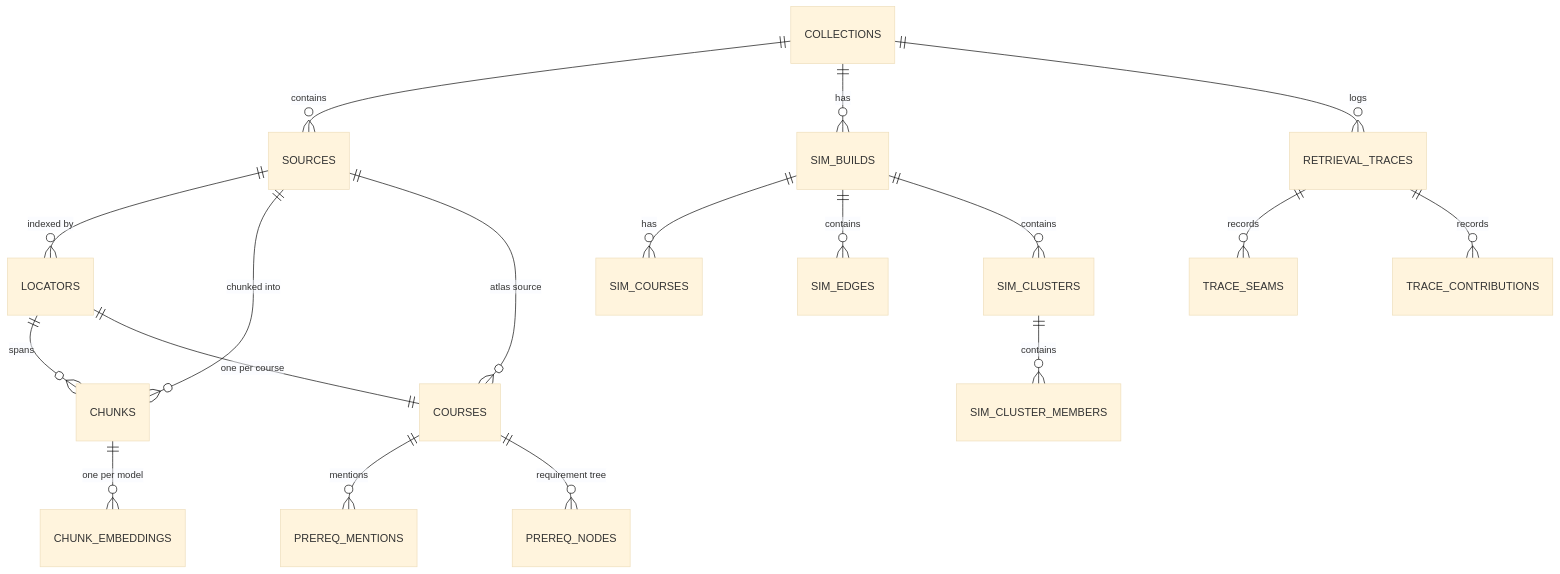
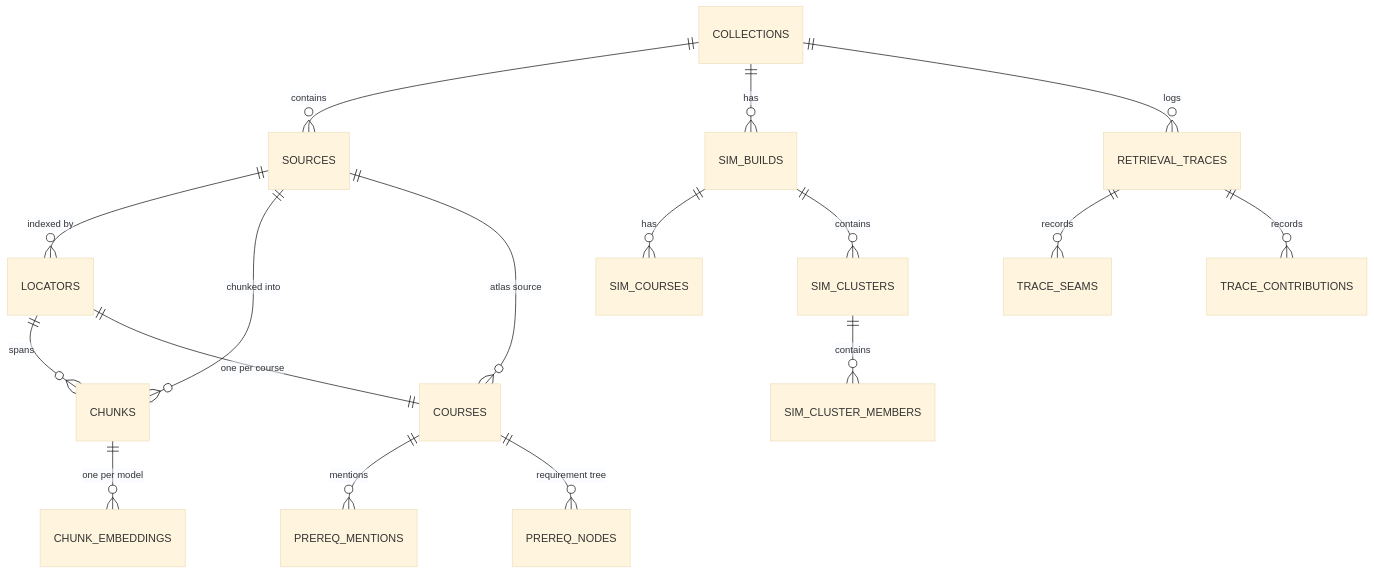
One commit to RileyK05/Emory_STEM_Advisor changed the first of 4 diagrams in docs/architecture.md. Above: the diagram before and after it, drawn with Mermaid (base theme). The commit also changed other lines of this file, not shown here.

First line of the commit message:
Architecture doc: feature sections instead of dated status logs

````diff
--- a/docs/architecture.md
+++ b/docs/architecture.md
@@ -286,20 +217,19 @@
 ```mermaid
 erDiagram
     COLLECTIONS ||--o{ SOURCES : contains
     SOURCES ||--o{ LOCATORS : "indexed by"
     SOURCES ||--o{ CHUNKS : "chunked into"
     LOCATORS ||--o{ CHUNKS : spans
     CHUNKS ||--o{ CHUNK_EMBEDDINGS : "one per model"
     SOURCES ||--o{ COURSES : "atlas source"
     LOCATORS ||--|| COURSES : "one per course"
     COURSES ||--o{ PREREQ_MENTIONS : mentions
     COURSES ||--o{ PREREQ_NODES : "requirement tree"
     COLLECTIONS ||--o{ SIM_BUILDS : has
     SIM_BUILDS ||--o{ SIM_COURSES : has
-    SIM_BUILDS ||--o{ SIM_EDGES : contains
     SIM_BUILDS ||--o{ SIM_CLUSTERS : contains
     SIM_CLUSTERS ||--o{ SIM_CLUSTER_MEMBERS : contains
     COLLECTIONS ||--o{ RETRIEVAL_TRACES : logs
     RETRIEVAL_TRACES ||--o{ TRACE_SEAMS : records
     RETRIEVAL_TRACES ||--o{ TRACE_CONTRIBUTIONS : records
 ```
````
